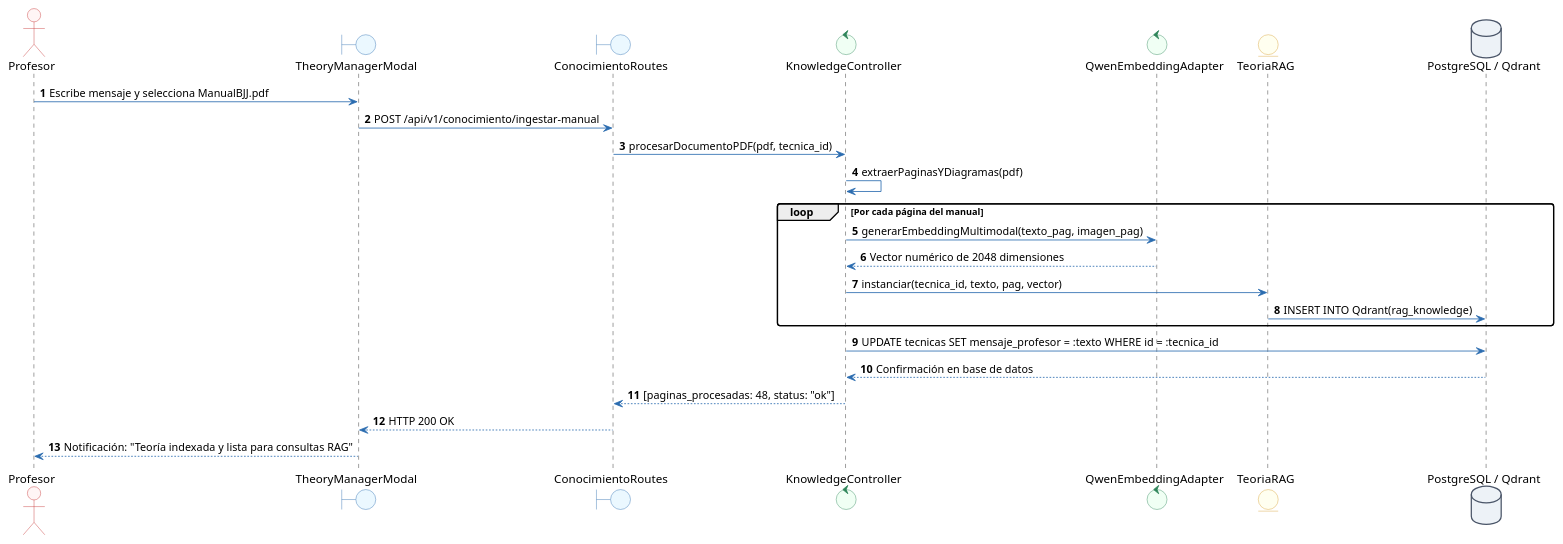
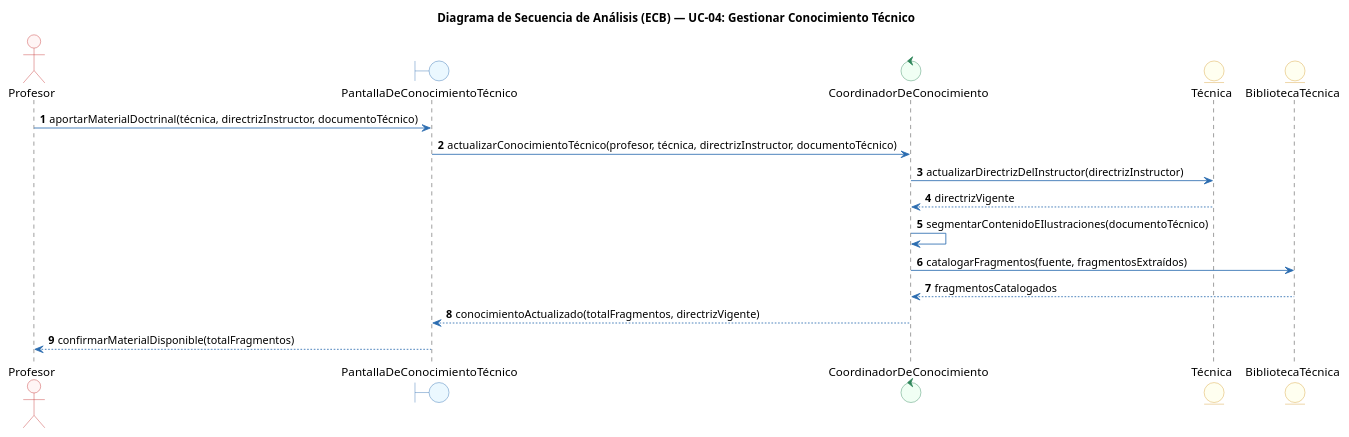
One commit to Tsmrain/JiuJitsu changed diagram 16 of 37 in docs/ProyectoGrado.md. Above: the diagram before and after it, drawn with PlantUML. The commit also changed other lines of this file and 17 other files, not shown here.

````diff
--- a/docs/ProyectoGrado.md
+++ b/docs/ProyectoGrado.md
@@ -1999,51 +1937,37 @@
 ```plantuml
 @startuml
+title Diagrama de Secuencia de Análisis (ECB) — UC-04: Gestionar Conocimiento Técnico
 autonumber
-
 skinparam shadowing false
 skinparam monochrome false
 skinparam defaultFontName Arial
 skinparam roundcorner 6
 skinparam ArrowColor #2B6CB0
 skinparam ActorBorderColor #C53030
 skinparam ActorBackgroundColor #FFF5F5
 skinparam BoundaryBorderColor #2B6CB0
 skinparam BoundaryBackgroundColor #EBF8FF
 skinparam ControlBorderColor #2F855A
 skinparam ControlBackgroundColor #F0FFF4
 skinparam EntityBorderColor #D69E2E
 skinparam EntityBackgroundColor #FFFFF0
-skinparam DatabaseBorderColor #4A5568
-skinparam DatabaseBackgroundColor #EDF2F7
 skinparam UsecaseBorderColor #2B6CB0
 skinparam UsecaseBackgroundColor #F7FAFC
 
+actor "Profesor" as PR
+boundary "PantallaDeConocimientoTécnico" as B1
+control "CoordinadorDeConocimiento" as C1
+entity "Técnica" as E1
+entity "BibliotecaTécnica" as E2
 
-actor "Profesor" as Prof
-boundary "TheoryManagerModal" as Modal
-boundary "ConocimientoRoutes" as API
-control "KnowledgeController" as Ctrl
-control "QwenEmbeddingAdapter" as MLX
-entity "TeoriaRAG" as Ent
-database "PostgreSQL / Qdrant" as DB
-
-Prof -> Modal : Escribe mensaje y selecciona ManualBJJ.pdf
-Modal -> API : POST /api/v1/conocimiento/ingestar-manual
-API -> Ctrl : procesarDocumentoPDF(pdf, tecnica_id)
-Ctrl -> Ctrl : extraerPaginasYDiagramas(pdf)
-
-loop Por cada página del manual
-    Ctrl -> MLX : generarEmbeddingMultimodal(texto_pag, imagen_pag)
-    MLX --> Ctrl : Vector numérico de 2048 dimensiones
-    Ctrl -> Ent : instanciar(tecnica_id, texto, pag, vector)
-    Ent -> DB : INSERT INTO Qdrant(rag_knowledge)
-end
-
-Ctrl -> DB : UPDATE tecnicas SET mensaje_profesor = :texto WHERE id = :tecnica_id
-DB --> Ctrl : Confirmación en base de datos
-
-Ctrl --> API : [paginas_procesadas: 48, status: "ok"]
-API --> Modal : HTTP 200 OK
-Modal --> Prof : Notificación: "Teoría indexada y lista para consultas RAG"
+PR -> B1 : aportarMaterialDoctrinal(técnica, directrizInstructor, documentoTécnico)
+B1 -> C1 : actualizarConocimientoTécnico(profesor, técnica, directrizInstructor, documentoTécnico)
+C1 -> E1 : actualizarDirectrizDelInstructor(directrizInstructor)
+E1 --> C1 : directrizVigente
+C1 -> C1 : segmentarContenidoEIlustraciones(documentoTécnico)
+C1 -> E2 : catalogarFragmentos(fuente, fragmentosExtraídos)
+E2 --> C1 : fragmentosCatalogados
+C1 --> B1 : conocimientoActualizado(totalFragmentos, directrizVigente)
+B1 --> PR : confirmarMaterialDisponible(totalFragmentos)
 @enduml
 ```
````
